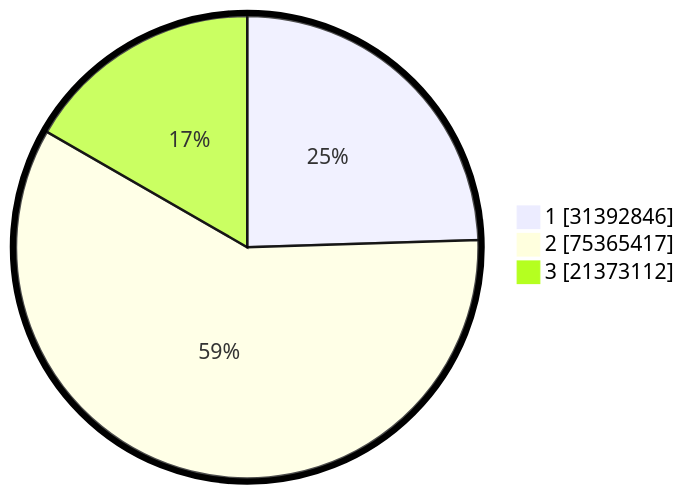
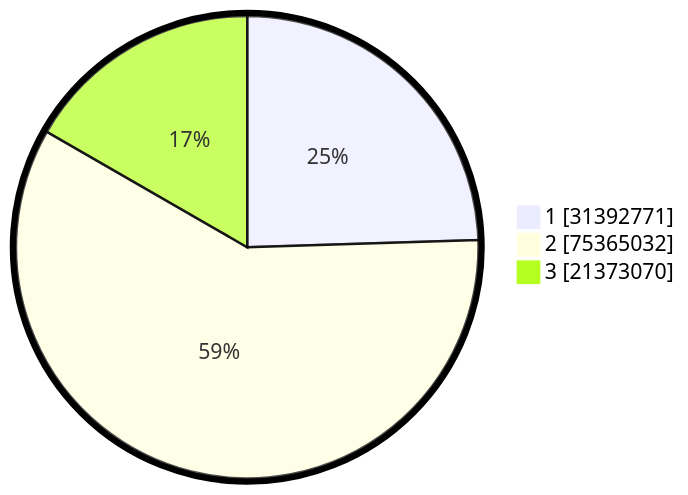
Before and after one commit to gigit-pemilu/pemilu-2024: the second of 2 diagrams in pilpres/hitung-suara/README.md, drawn with Mermaid. The commit also changed other lines of this file and 8 other files, not shown here.

````diff
--- a/pilpres/hitung-suara/README.md
+++ b/pilpres/hitung-suara/README.md
@@ -93,7 +93,7 @@
 ```mermaid
 %%{init: {"pie": {"textPosition": 0.5}, "themeVariables": {"pieOuterStrokeWidth": "5px"}} }%%
 pie showData
-    "1" : 31392846
-    "2" : 75365417
-    "3" : 21373112
+    "1" : 31392771
+    "2" : 75365032
+    "3" : 21373070
 ```
````
